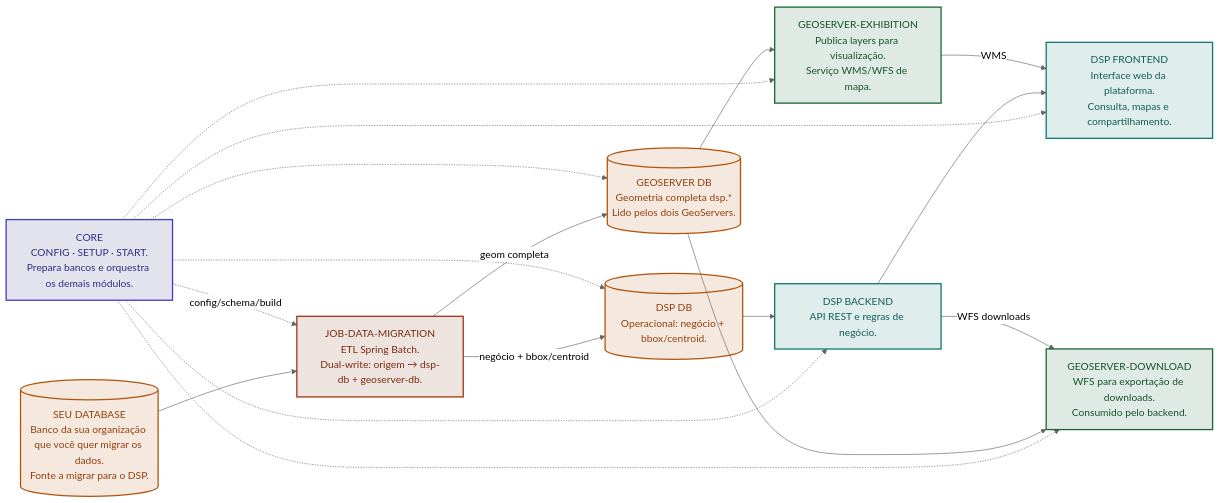
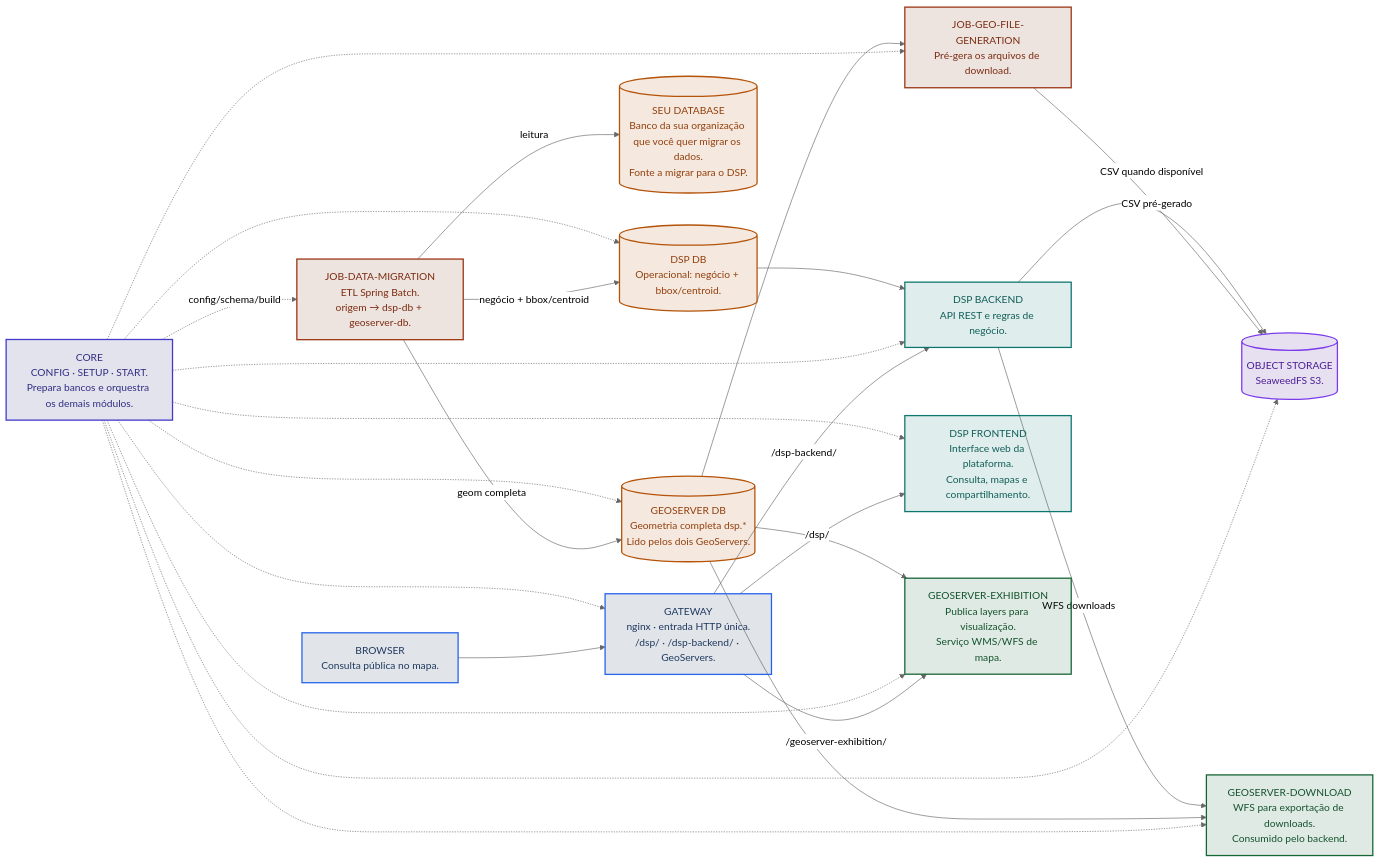
One commit to kleber-albino/rer-dsp-docs changed the diagram in docs/index.md. Above: the diagram before and after it, drawn with Mermaid (neutral theme). The commit also changed other lines of this file and 22 other files, not shown here.

````diff
--- a/docs/index.md
+++ b/docs/index.md
@@ -18,46 +25,63 @@
 ```mermaid
 flowchart LR
+  browser["BROWSER<br/>Consulta pública no mapa."]
+  gw["GATEWAY<br/>nginx · entrada HTTP única.<br/>/dsp/ · /dsp-backend/ · GeoServers."]
+
   srcDb[("SEU DATABASE<br/>Banco da sua organização que você quer migrar os dados.<br/>Fonte a migrar para o DSP.")]
-  jobMig["JOB-DATA-MIGRATION<br/>ETL Spring Batch.<br/>Dual-write: origem → dsp-db + geoserver-db."]
+  jobMig["JOB-DATA-MIGRATION<br/>ETL Spring Batch.<br/>origem → dsp-db + geoserver-db."]
+  jobGeo["JOB-GEO-FILE-GENERATION<br/>Pré-gera os arquivos de download.<br/>"]
   core["CORE<br/>CONFIG · SETUP · START.<br/>Prepara bancos e orquestra os demais módulos."]
 
   dspDb[("DSP DB<br/>Operacional: negócio + bbox/centroid.")]
   gsDb[("GEOSERVER DB<br/>Geometria completa dsp.*<br/>Lido pelos dois GeoServers.")]
+  objStor[("OBJECT STORAGE<br/>SeaweedFS S3.<br/>")]
 
   be["DSP BACKEND<br/>API REST e regras de negócio."]
   fe["DSP FRONTEND<br/>Interface web da plataforma.<br/>Consulta, mapas e compartilhamento."]
 
   gsEx["GEOSERVER-EXHIBITION<br/>Publica layers para visualização.<br/>Serviço WMS/WFS de mapa."]
   gsDl["GEOSERVER-DOWNLOAD<br/>WFS para exportação de downloads.<br/>Consumido pelo backend."]
 
-  srcDb --> jobMig
+  browser --> gw
+  gw -->|/dsp/| fe
+  gw -->|/dsp-backend/| be
+  gw -->|/geoserver-exhibition/| gsEx
+
+  jobMig -->|leitura| srcDb
   jobMig -->|"negócio + bbox/centroid"| dspDb
   jobMig -->|"geom completa"| gsDb
   core -.config/schema/build.-> jobMig
+  core -.-> jobGeo
   core -.-> dspDb
   core -.-> gsDb
+  core -.-> objStor
+  core -.-> gw
   core -.-> be
   core -.-> fe
   core -.-> gsEx
   core -.-> gsDl
 
   dspDb --> be
   gsDb --> gsEx
   gsDb --> gsDl
-
-  be --> fe
+  gsDb --> jobGeo
+  jobGeo -->|"CSV pré-gerado"| objStor
   be -->|WFS downloads| gsDl
-  gsEx -->|WMS| fe
+  be -->|CSV quando disponível| objStor
 
   classDef app fill:#0f766e22,color:#115e59,stroke:#0f766e,stroke-width:2px
   classDef geoCls fill:#16653422,color:#14532d,stroke:#166534,stroke-width:2px
   classDef db fill:#b4530922,color:#92400e,stroke:#b45309,stroke-width:2px
   classDef job fill:#7c2d1222,color:#7c2d12,stroke:#9a3412,stroke-width:2px
   classDef coreCls fill:#312e8122,color:#312e81,stroke:#4338ca,stroke-width:2px
+  classDef entryCls fill:#1e3a5f22,color:#1e3a5f,stroke:#2563eb,stroke-width:2px
+  classDef storageCls fill:#4c1d9522,color:#4c1d95,stroke:#7c3aed,stroke-width:2px
 
   class fe,be app
   class gsEx,gsDl geoCls
   class dspDb,gsDb,srcDb db
-  class jobMig job
+  class jobMig,jobGeo job
   class core coreCls
+  class browser,gw entryCls
+  class objStor storageCls
 ```
````
